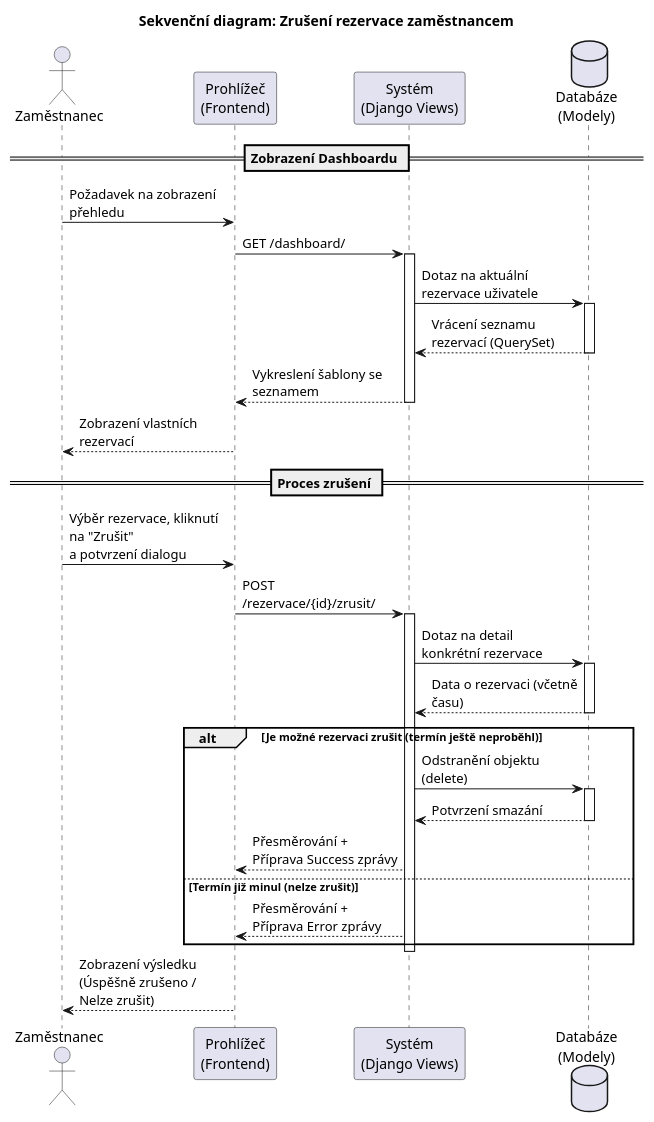
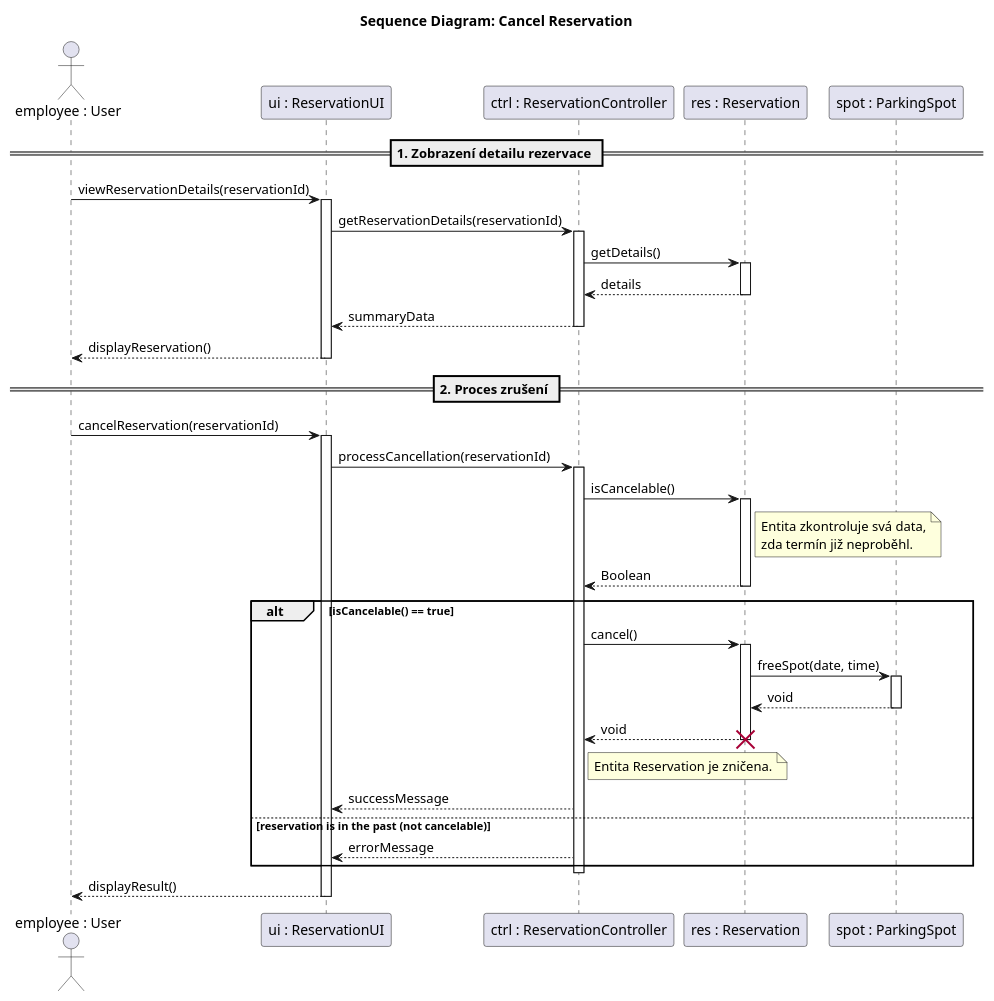
Before and after one commit to AidenCze/SWI-Project: the diagram in docs/diagramy/sequence-cancel-reservation.puml, drawn with PlantUML. The commit also changed 7 other files, not shown here.

Commit message:
Refactor sequence diagrams and remove obsolete login diagram

```diff
--- a/docs/diagramy/sequence-cancel-reservation.puml
+++ b/docs/diagramy/sequence-cancel-reservation.puml
@@ -1,50 +1,62 @@
 @startuml
-title Sekvenční diagram: Zrušení rezervace zaměstnancem
+title Sequence Diagram: Cancel Reservation
 
-skinparam maxMessageSize 150
+actor "employee : User" as emp
+participant "ui : ReservationUI" as ui
+participant "ctrl : ReservationController" as ctrl
+participant "res : Reservation" as res
+participant "spot : ParkingSpot" as spot
 
-skinparam BoxPadding 10
+== 1. Zobrazení detailu rezervace ==
+emp -> ui : viewReservationDetails(reservationId)
+activate ui
 
-actor "Zaměstnanec" as emp
-participant "Prohlížeč\n(Frontend)" as ui
-participant "Systém\n(Django Views)" as view
-database "Databáze\n(Modely)" as db
+ui -> ctrl : getReservationDetails(reservationId)
+activate ctrl
 
-== Zobrazení Dashboardu ==
-emp -> ui : Požadavek na zobrazení přehledu
-ui -> view : GET /dashboard/
-activate view
+ctrl -> res : getDetails()
+activate res
+res --> ctrl : details
+deactivate res
 
-view -> db : Dotaz na aktuální rezervace uživatele
-activate db
-db --> view : Vrácení seznamu rezervací (QuerySet)
-deactivate db
+ctrl --> ui : summaryData
+deactivate ctrl
 
-view --> ui : Vykreslení šablony se seznamem
-deactivate view
-ui --> emp : Zobrazení vlastních rezervací
+ui --> emp : displayReservation()
+deactivate ui
 
-== Proces zrušení ==
-emp -> ui : Výběr rezervace, kliknutí na "Zrušit"\na potvrzení dialogu
-ui -> view : POST /rezervace/{id}/zrusit/
-activate view
+== 2. Proces zrušení ==
+emp -> ui : cancelReservation(reservationId)
+activate ui
 
-view -> db : Dotaz na detail konkrétní rezervace
-activate db
-db --> view : Data o rezervaci (včetně času)
-deactivate db
+ui -> ctrl : processCancellation(reservationId)
+activate ctrl
 
-alt Je možné rezervaci zrušit (termín ještě neproběhl)
-    view -> db : Odstranění objektu (delete)
-    activate db
-    db --> view : Potvrzení smazání
-    deactivate db
-    view --> ui : Přesměrování + Příprava Success zprávy
-else Termín již minul (nelze zrušit)
-    view --> ui : Přesměrování + Příprava Error zprávy
+ctrl -> res : isCancelable()
+activate res
+note right of res: Entita zkontroluje svá data,\nzda termín již neproběhl.
+res --> ctrl : Boolean
+deactivate res
+
+alt isCancelable() == true
+    ctrl -> res : cancel()
+    activate res
+    
+    res -> spot : freeSpot(date, time)
+    activate spot
+    spot --> res : void
+    deactivate spot
+    
+    res --> ctrl : void
+    destroy res
+    note right of ctrl: Entita Reservation je zničena.
+    
+    ctrl --> ui : successMessage
+else reservation is in the past (not cancelable)
+    ctrl --> ui : errorMessage
 end
-deactivate view
+deactivate ctrl
 
-ui --> emp : Zobrazení výsledku (Úspěšně zrušeno / Nelze zrušit)
-
+ui --> emp : displayResult()
+deactivate ui
 @enduml
```
